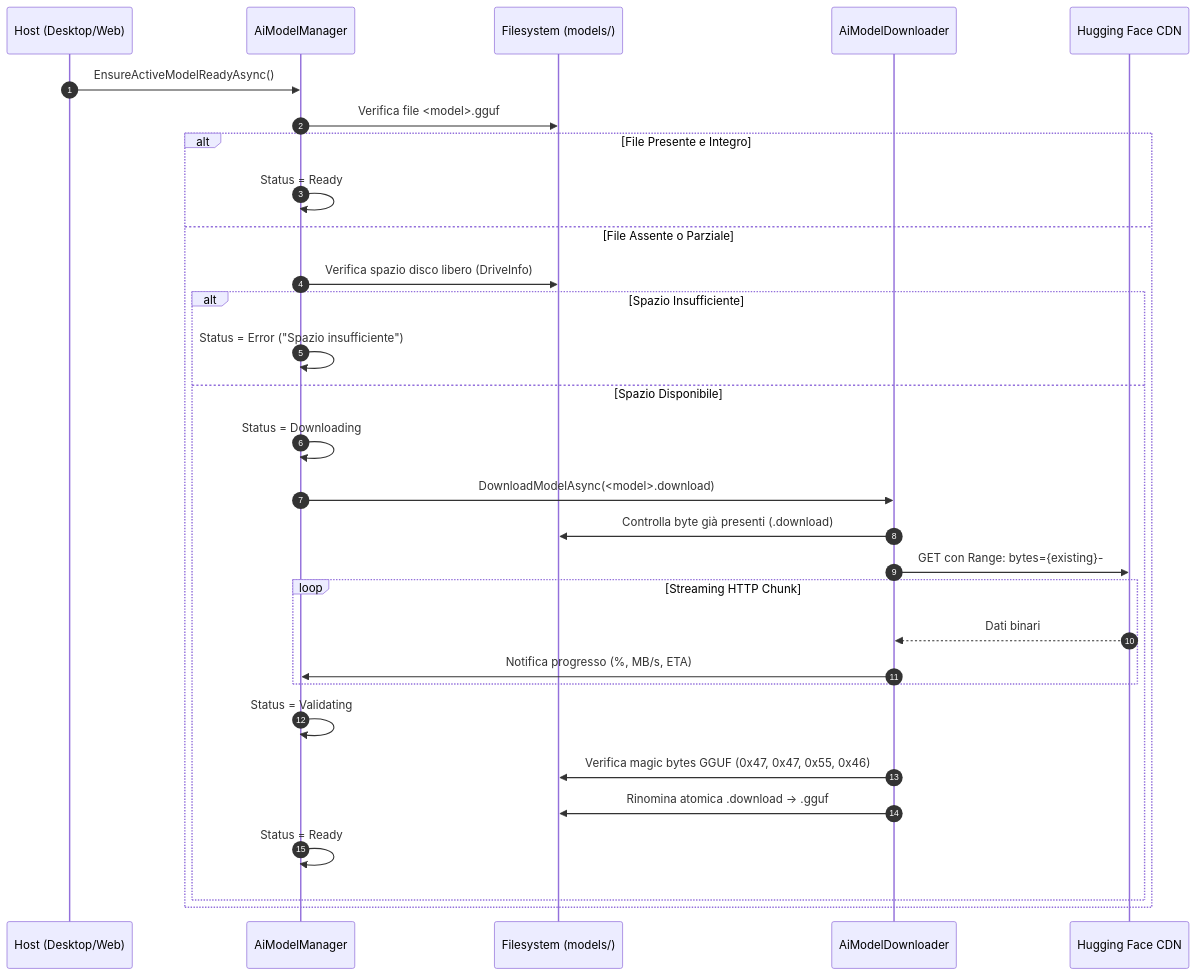
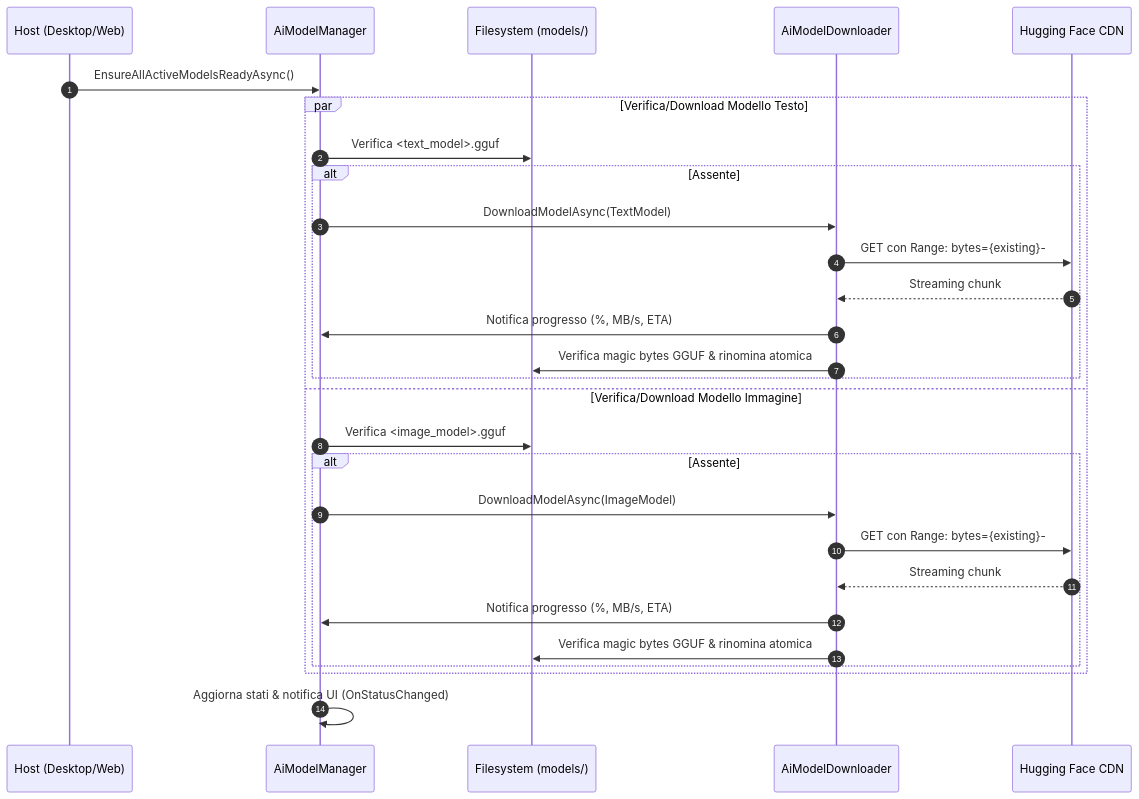
One commit to zmalrobot/CardMaker changed the second of 2 diagrams in docs/01-architecture/ai-engine.md. Above: the diagram before and after it, drawn with Mermaid. The commit also changed other lines of this file and 7 other files, not shown here.

````diff
--- a/docs/01-architecture/ai-engine.md
+++ b/docs/01-architecture/ai-engine.md
@@ -66,33 +89,31 @@
 ```mermaid
 sequenceDiagram
     autonumber
     participant Host as Host (Desktop/Web)
     participant Mgr as AiModelManager
     participant FS as Filesystem (models/)
     participant Dld as AiModelDownloader
     participant Hub as Hugging Face CDN
 
-    Host->>Mgr: EnsureActiveModelReadyAsync()
-    Mgr->>FS: Verifica file <model>.gguf
-    alt File Presente e Integro
-        Mgr->>Mgr: Status = Ready
-    else File Assente o Parziale
-        Mgr->>FS: Verifica spazio disco libero (DriveInfo)
-        alt Spazio Insufficiente
-            Mgr->>Mgr: Status = Error ("Spazio insufficiente")
-        else Spazio Disponibile
-            Mgr->>Mgr: Status = Downloading
-            Mgr->>Dld: DownloadModelAsync(<model>.download)
-            Dld->>FS: Controlla byte già presenti (.download)
+    Host->>Mgr: EnsureAllActiveModelsReadyAsync()
+    par Verifica/Download Modello Testo
+        Mgr->>FS: Verifica <text_model>.gguf
+        alt Assente
+            Mgr->>Dld: DownloadModelAsync(TextModel)
             Dld->>Hub: GET con Range: bytes={existing}-
-            loop Streaming HTTP Chunk
-                Hub-->>Dld: Dati binari
-                Dld->>Mgr: Notifica progresso (%, MB/s, ETA)
-            end
-            Mgr->>Mgr: Status = Validating
-            Dld->>FS: Verifica magic bytes GGUF (0x47, 0x47, 0x55, 0x46)
-            Dld->>FS: Rinomina atomica .download -> .gguf
-            Mgr->>Mgr: Status = Ready
+            Hub-->>Dld: Streaming chunk
+            Dld->>Mgr: Notifica progresso (%, MB/s, ETA)
+            Dld->>FS: Verifica magic bytes GGUF & rinomina atomica
+        end
+    and Verifica/Download Modello Immagine
+        Mgr->>FS: Verifica <image_model>.gguf
+        alt Assente
+            Mgr->>Dld: DownloadModelAsync(ImageModel)
+            Dld->>Hub: GET con Range: bytes={existing}-
+            Hub-->>Dld: Streaming chunk
+            Dld->>Mgr: Notifica progresso (%, MB/s, ETA)
+            Dld->>FS: Verifica magic bytes GGUF & rinomina atomica
         end
     end
+    Mgr->>Mgr: Aggiorna stati & notifica UI (OnStatusChanged)
 ```
````
